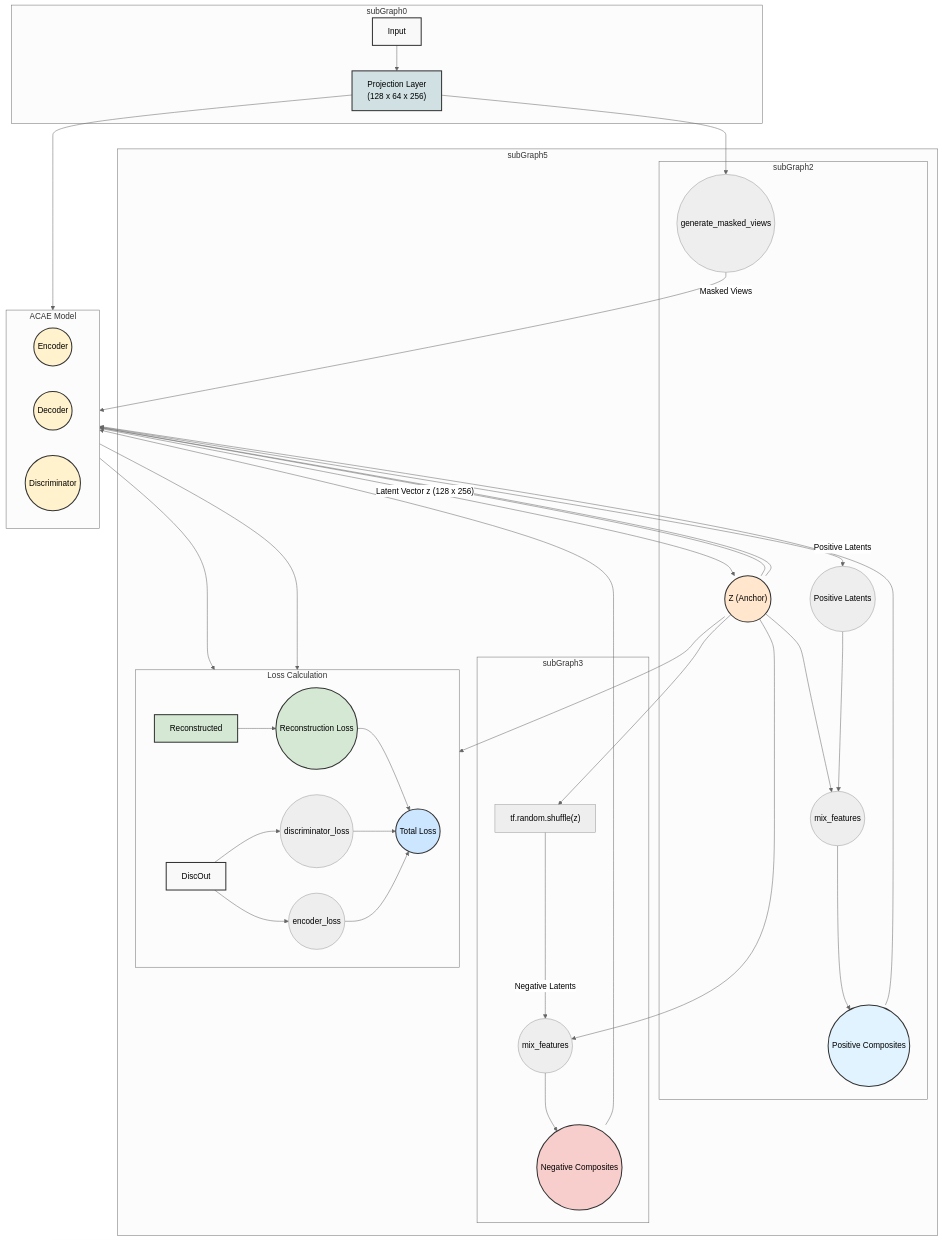
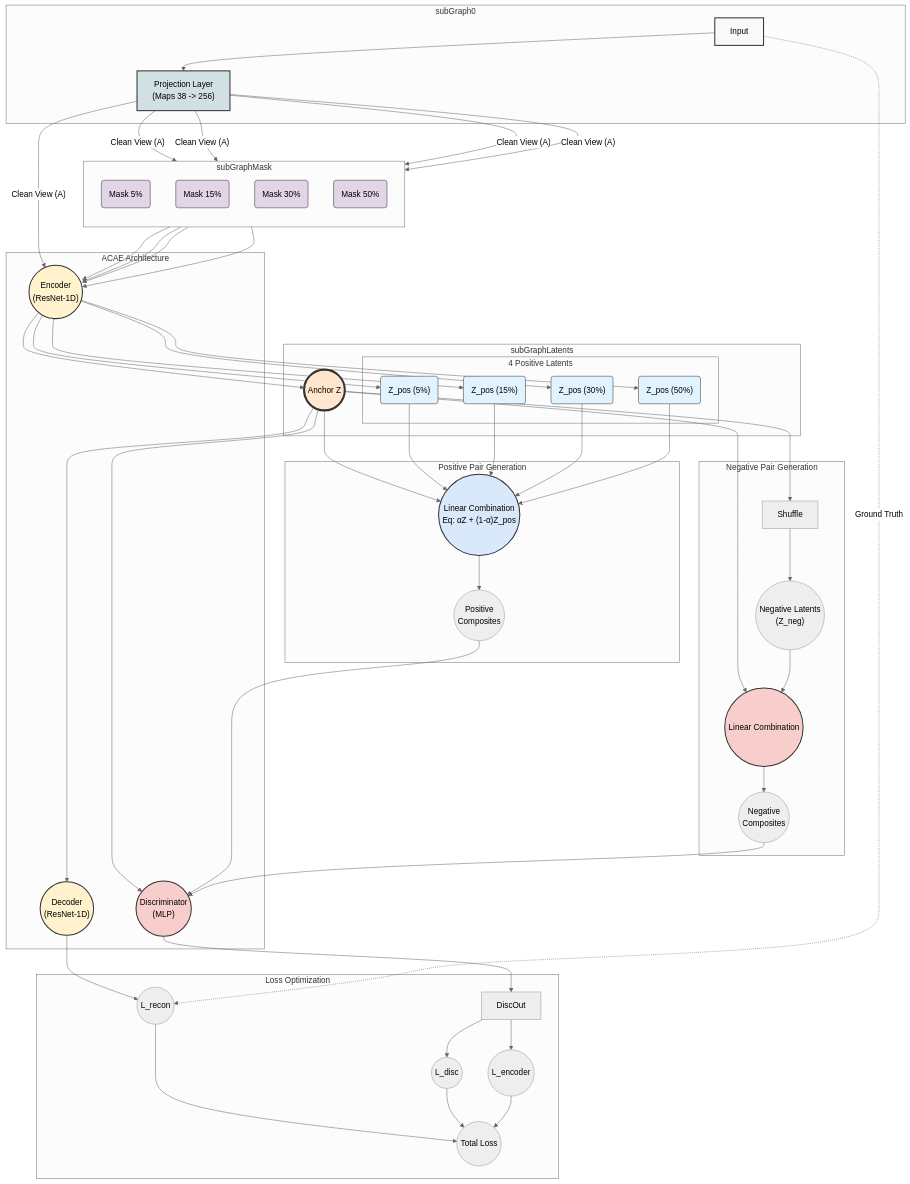
One commit to se-queda/acae changed the diagram in model_architecture.md. Above: the diagram before and after it, drawn with Mermaid (neutral theme). The commit also changed other lines of this file, not shown here.

````diff
--- a/model_architecture.md
+++ b/model_architecture.md
@@ -1,83 +1,126 @@
 ```mermaid
 flowchart TD
+ %% --- Data Preprocessing ---
  subgraph subGraph0
     Input
-    Projection["Projection Layer<br>(128 x 64 x 256)"]
+    Projection["Projection Layer<br>(Maps 38 -> 256)"]
  end
 
- subgraph subGraph1["ACAE Model"]
-    direction LR
-        Encoder(("Encoder"))
-        Decoder(("Decoder"))
-        Discriminator(("Discriminator"))
+ %% --- Augmentation Module (Explicit Split) ---
+ subgraph subGraphMask
+    direction TB
+    M1("Mask 5%")
+    M2("Mask 15%")
+    M3("Mask 30%")
+    M4("Mask 50%")
  end
 
- subgraph subGraph2
-        GMV(("generate_masked_views"))
-        PosLatents(("Positive Latents"))
-        MF1(("mix_features"))
-        LatentZ(("Z (Anchor)"))
-        PosSamples(("Positive Composites"))
+ %% --- Core Model ---
+ subgraph subGraphModel["ACAE Architecture"]
+    Encoder(("Encoder<br>(ResNet-1D)"))
+    Decoder(("Decoder<br>(ResNet-1D)"))
+    Discriminator(("Discriminator<br>(MLP)"))
  end
 
- subgraph subGraph3
-        Shuffle["tf.random.shuffle(z)"]
-        MF2(("mix_features"))
-        NegSamples(("Negative Composites"))
+ %% --- Latent Space Expansion ---
+ subgraph subGraphLatents
+    LatentZ(("Anchor Z"))
+    
+    subgraph PosLatentGroup["4 Positive Latents"]
+      Z1("Z_pos (5%)")
+      Z2("Z_pos (15%)")
+      Z3("Z_pos (30%)")
+      Z4("Z_pos (50%)")
+    end
  end
 
- subgraph subGraph4["Loss Calculation"]
-    direction LR
+ %% --- Positive Pair Generation ---
+ subgraph subGraphPos["Positive Pair Generation"]
+        MixPos(("Linear Combination<br>Eq: αZ + (1-α)Z_pos"))
+        PosSamples(("Positive<br>Composites"))
+ end
+
+ %% --- Negative Pair Generation ---
+ subgraph subGraphNeg["Negative Pair Generation"]
+        Shuffle
+        NegLatents(("Negative Latents<br>(Z_neg)"))
+        MixNeg(("Linear Combination"))
+        NegSamples(("Negative<br>Composites"))
+ end
+
+ %% --- Loss Calculation ---
+ subgraph subGraphLoss["Loss Optimization"]
         DiscOut
-        DL(("discriminator_loss"))
-        EL(("encoder_loss"))
-        ReconLoss(("Reconstruction Loss"))
-        Reconstructed
+        DL(("L_disc"))
+        EL(("L_encoder"))
+        ReconLoss(("L_recon"))
         TL(("Total Loss"))
  end
 
- subgraph subGraph5
-        subGraph2
-        subGraph3
-        subGraph4
- end
+    %% 1. Input Flow
+    Input --> Projection
+    
+    %% 2. Split: Clean vs Masked Paths
+    Projection -- "Clean View (A)" --> Encoder
+    Projection -- "Clean View (A)" --> M1 & M2 & M3 & M4
+    
+    %% 3. Masked Views into Encoder
+    M1 --> Encoder
+    M2 --> Encoder
+    M3 --> Encoder
+    M4 --> Encoder
 
-    Input --> Projection
-    Projection --> Encoder & GMV
-    Encoder -- Latent Vector z (128 x 256) --> LatentZ
-    GMV -- Masked Views --> Encoder
-    Encoder -- Positive Latents --> PosLatents
-    LatentZ --> MF1 & Shuffle & MF2 & EL & Decoder
-    
-    %% Critical Update: Discriminator needs the Anchor Z to compare against composites
+    %% 4. Encoder Outputs (1 Anchor + 4 Positives)
+    Encoder --> LatentZ
+    Encoder --> Z1 & Z2 & Z3 & Z4
+
+    %% 5. Positive Mixing (All 5 vectors converge)
+    LatentZ --> MixPos
+    Z1 --> MixPos
+    Z2 --> MixPos
+    Z3 --> MixPos
+    Z4 --> MixPos
+    MixPos --> PosSamples
+
+    %% 6. Negative Mixing
+    LatentZ --> Shuffle
+    LatentZ --> MixNeg
+    Shuffle --> NegLatents
+    NegLatents --> MixNeg
+    MixNeg --> NegSamples
+
+    %% 7. Discriminator (Needs Anchor + Composites)
     LatentZ --> Discriminator
-    
-    PosLatents --> MF1
-    MF1 --> PosSamples
-    Shuffle -- Negative Latents --> MF2
-    MF2 --> NegSamples
-    
     PosSamples --> Discriminator
     NegSamples --> Discriminator
-    
     Discriminator --> DiscOut
+
+    %% 8. Reconstruction
+    LatentZ --> Decoder
+    Decoder --> ReconLoss
+    Input -. "Ground Truth".-> ReconLoss
+
+    %% 9. Loss Aggregation
     DiscOut --> DL & EL
-    Decoder --> Reconstructed
-    Reconstructed --> ReconLoss
     ReconLoss --> TL
     DL --> TL
     EL --> TL
 
+    %% Styling
     style Input fill:#f9f9f9,stroke:#333,stroke-width:2px
     style Projection fill:#d0e0e3,stroke:#333,stroke-width:2px
+    style M1 fill:#e1d5e7,stroke:#333
+    style M2 fill:#e1d5e7,stroke:#333
+    style M3 fill:#e1d5e7,stroke:#333
+    style M4 fill:#e1d5e7,stroke:#333
     style Encoder fill:#fff2cc,stroke:#333,stroke-width:2px
     style Decoder fill:#fff2cc,stroke:#333,stroke-width:2px
-    style Discriminator fill:#fff2cc,stroke:#333,stroke-width:2px
-    style LatentZ fill:#ffe6cc,stroke:#333,stroke-width:2px
-    style PosSamples fill:#e1f3fe,stroke:#333,stroke-width:2px
-    style NegSamples fill:#f8cecc,stroke:#333,stroke-width:2px
-    style DiscOut fill:#f9f9f9,stroke:#333,stroke-width:2px
-    style ReconLoss fill:#d4e8d4,stroke:#333,stroke-width:2px
-    style Reconstructed fill:#d4e8d4,stroke:#333,stroke-width:2px
-    style TL fill:#cce6ff,stroke:#333,stroke-width:2px
+    style Discriminator fill:#f8cecc,stroke:#333,stroke-width:2px
+    style LatentZ fill:#ffe6cc,stroke:#333,stroke-width:4px
+    style Z1 fill:#e1f3fe,stroke:#333
+    style Z2 fill:#e1f3fe,stroke:#333
+    style Z3 fill:#e1f3fe,stroke:#333
+    style Z4 fill:#e1f3fe,stroke:#333
+    style MixPos fill:#dae8fc,stroke:#333,stroke-width:2px
+    style MixNeg fill:#f8cecc,stroke:#333,stroke-width:2px
 ```
````
